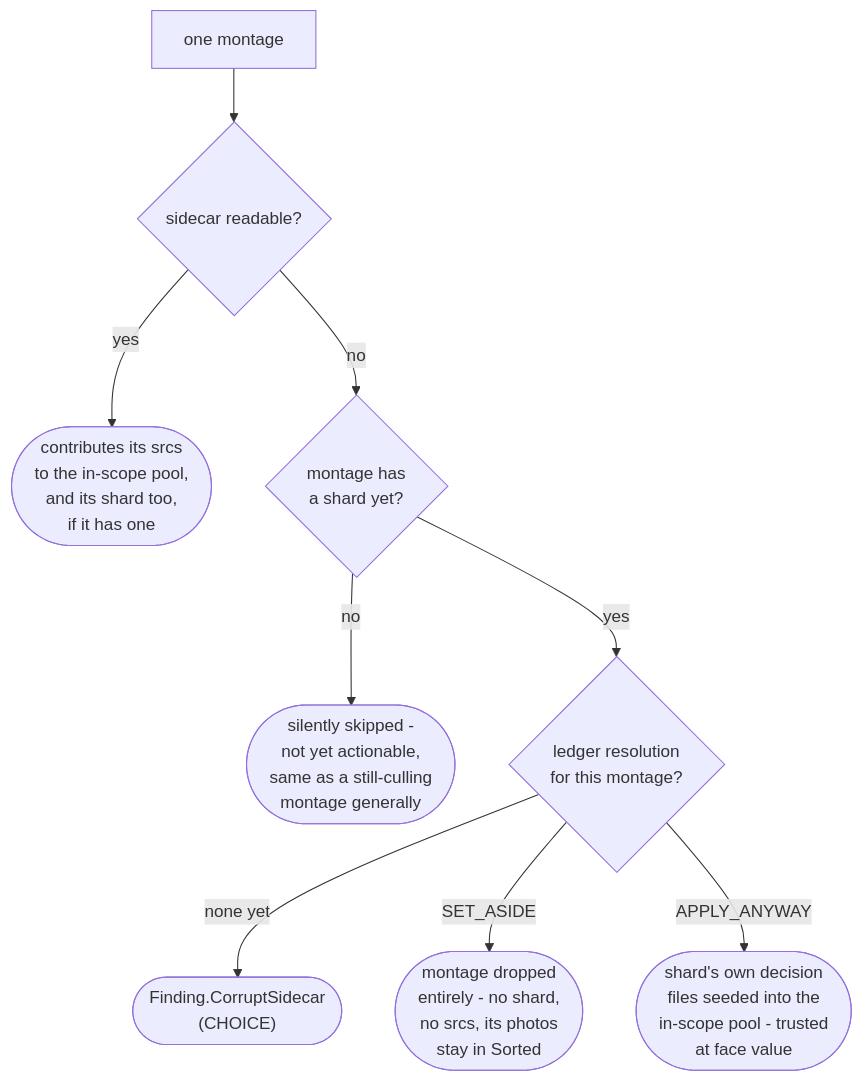
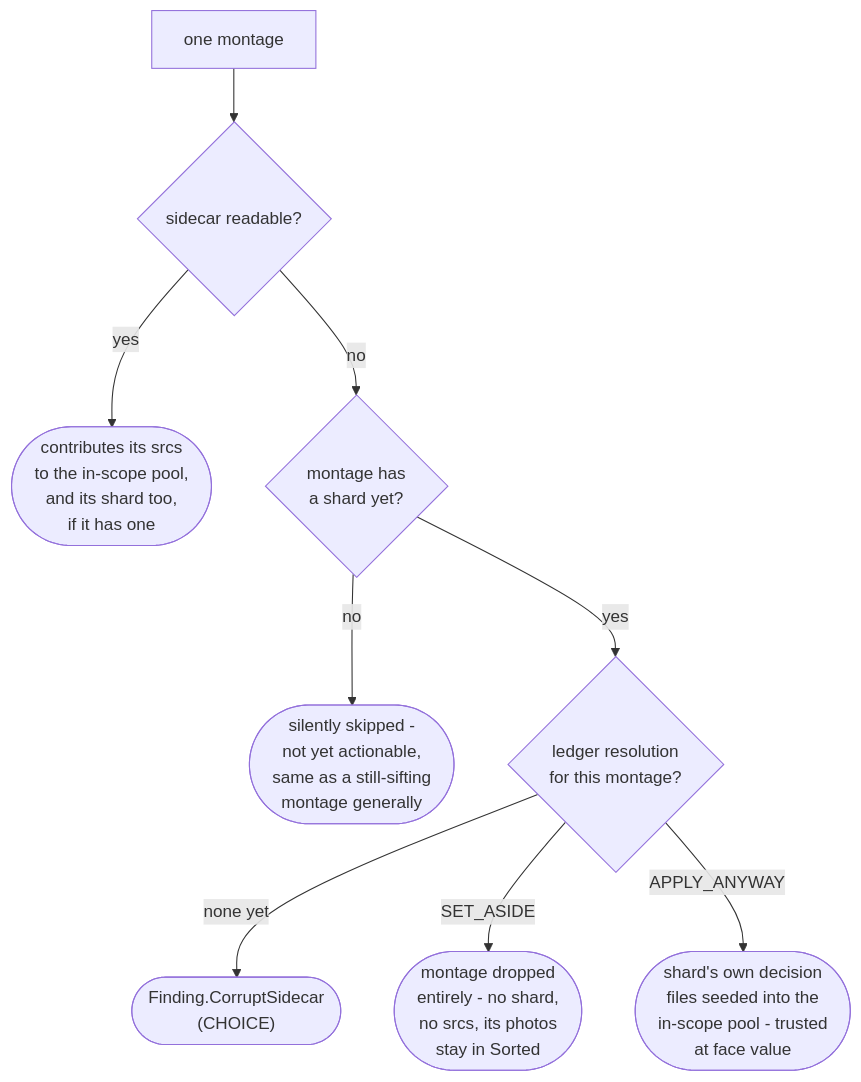
One commit to AdrianNachev91/sluice changed the third of 3 diagrams in app/docs/design/application/service/prep-dir-remedies.md. Above: the diagram before and after it, drawn with Mermaid. The commit also changed other lines of this file and 379 other files, not shown here.

````diff
--- a/app/docs/design/application/service/prep-dir-remedies.md
+++ b/app/docs/design/application/service/prep-dir-remedies.md
@@ -129,11 +129,11 @@
 ```mermaid
 flowchart TD
     A["one montage"] --> B{"sidecar readable?"}
     B -- yes --> C(["contributes its srcs<br/>to the in-scope pool,<br/>and its shard too,<br/>if it has one"])
     B -- no --> D{"montage has<br/>a shard yet?"}
-    D -- no --> E(["silently skipped -<br/>not yet actionable,<br/>same as a still-culling<br/>montage generally"])
+    D -- no --> E(["silently skipped -<br/>not yet actionable,<br/>same as a still-sifting<br/>montage generally"])
     D -- yes --> F{"ledger resolution<br/>for this montage?"}
     F -- none yet --> G(["Finding.CorruptSidecar<br/>(CHOICE)"])
     F -- SET_ASIDE --> H(["montage dropped<br/>entirely - no shard,<br/>no srcs, its photos<br/>stay in Sorted"])
     F -- APPLY_ANYWAY --> I(["shard's own decision<br/>files seeded into the<br/>in-scope pool - trusted<br/>at face value"])
 ```
````
